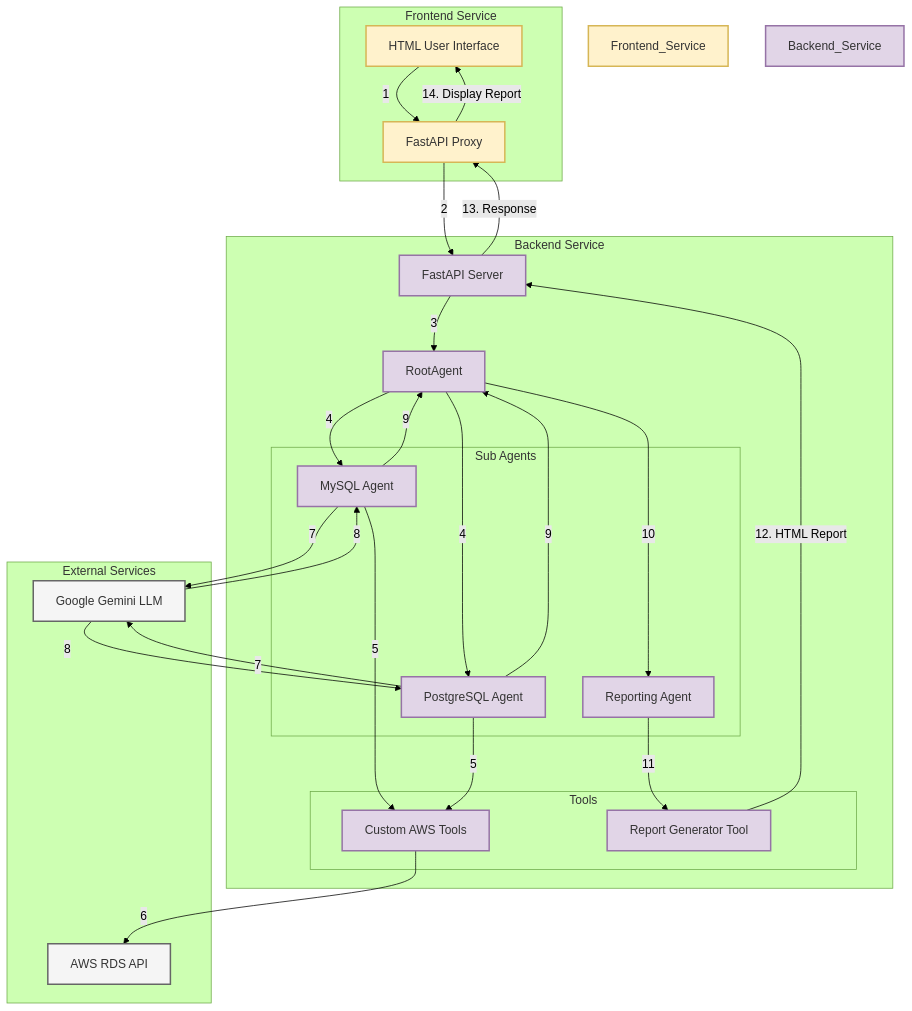
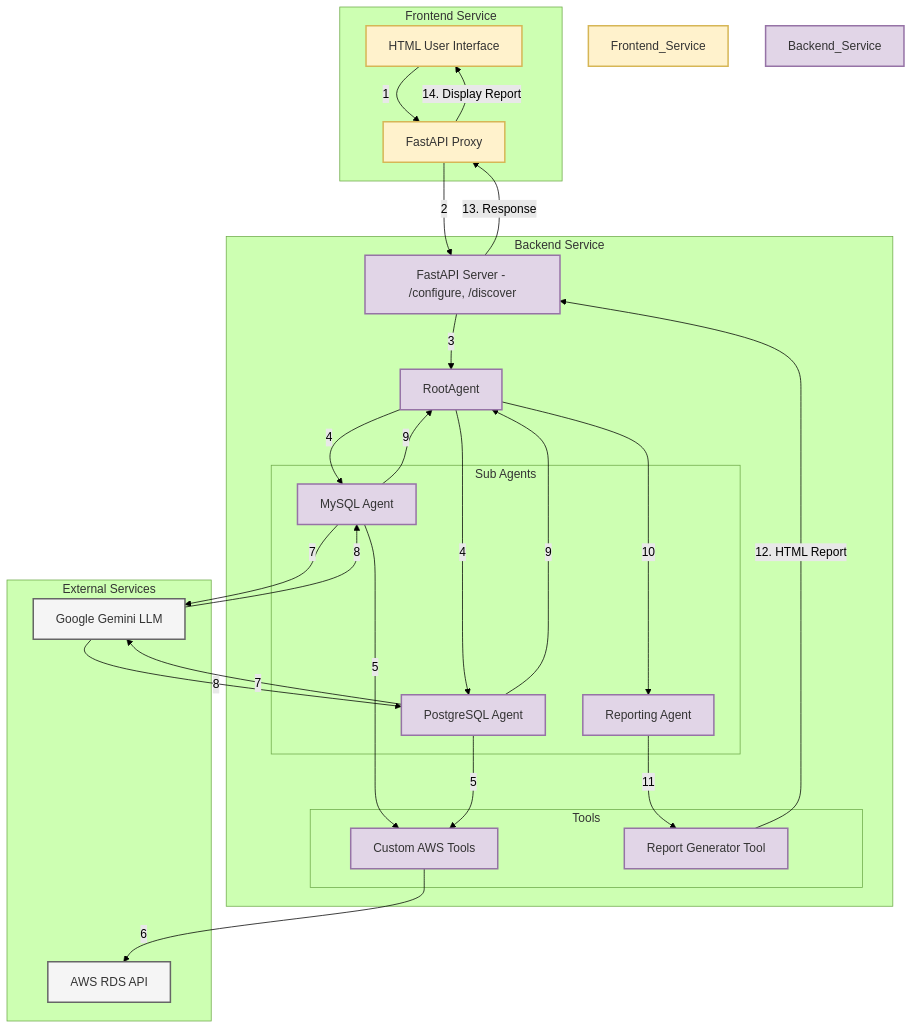
Before and after one commit to SushantJagdale/database_migration_service_ai: the diagram in architecture.md, drawn with Mermaid (forest theme).

````diff
--- a/architecture.md
+++ b/architecture.md
@@ -1,66 +1,66 @@
 ```mermaid
 graph TB
     %% === Subgraphs & Nodes Definition ===
     subgraph "Frontend Service"
         style Frontend_Service fill:#FFF2CC,stroke:#D6B656,stroke-width:2px,color:#333
         UI["HTML User Interface"]
         FE_Proxy["FastAPI Proxy"]
     end
 
     subgraph "Backend Service"
         style Backend_Service fill:#E1D5E7,stroke:#9673A6,stroke-width:2px,color:#333
-        BE_Server["FastAPI Server"]
+        BE_Server["FastAPI Server - /configure, /discover"]
         RootAgent["RootAgent"]
         subgraph "Sub Agents"
             MysqlAgent["MySQL Agent"]
             PostgresAgent["PostgreSQL Agent"]
             ReportAgent["Reporting Agent"]
         end
         subgraph "Tools"
             CustomTools["Custom AWS Tools"]
             ReportGeneratorTool["Report Generator Tool"]
         end
     end
 
     subgraph "External Services"
         AWS["AWS RDS API"]
         LLM["Google Gemini LLM"]
     end
 
     %% --- Layout Enforcement: Create an invisible spine to force vertical order ---
     FE_Proxy ~~~ BE_Server
     BE_Server ~~~ AWS
 
     %% --- Visible Request & Response Flow ---
     UI -- "1" --> FE_Proxy
     FE_Proxy -- "2" --> BE_Server
     BE_Server -- "3" --> RootAgent
     RootAgent -- "4" --> MysqlAgent
     RootAgent -- "4" --> PostgresAgent
     MysqlAgent -- "5" --> CustomTools
     PostgresAgent -- "5" --> CustomTools
     CustomTools -- "6" --> AWS
     MysqlAgent -- "7" --> LLM
     PostgresAgent -- "7" --> LLM
     
     LLM -- "8" --> MysqlAgent
     LLM -- "8" --> PostgresAgent
     MysqlAgent -- "9" --> RootAgent
     PostgresAgent -- "9" --> RootAgent
     
     RootAgent -- "10" --> ReportAgent
     ReportAgent -- "11" --> ReportGeneratorTool
     
     ReportGeneratorTool -- "12. HTML Report" --> BE_Server
     BE_Server -- "13. Response" --> FE_Proxy
     FE_Proxy -- "14. Display Report" --> UI
 
     %% --- Styling ---
     classDef frontend fill:#FFF2CC,stroke:#D6B656,stroke-width:2px,color:#333;
     classDef backend fill:#E1D5E7,stroke:#9673A6,stroke-width:2px,color:#333;
     classDef external fill:#F5F5F5,stroke:#666,stroke-width:2px,color:#333;
 
     class UI,FE_Proxy,Frontend_Service frontend;
     class BE_Server,RootAgent,MysqlAgent,PostgresAgent,CustomTools,ReportAgent,ReportGeneratorTool,Backend_Service backend;
     class AWS,LLM,External_Services external;
 ```
````
